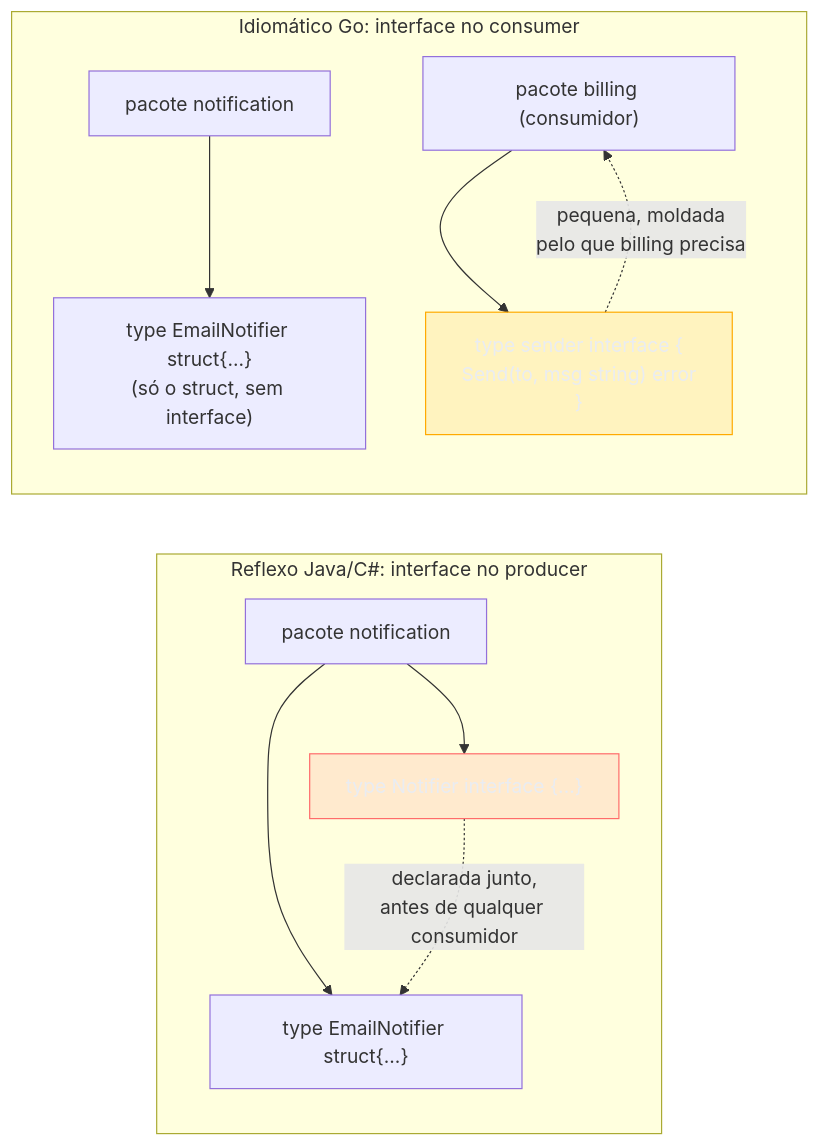
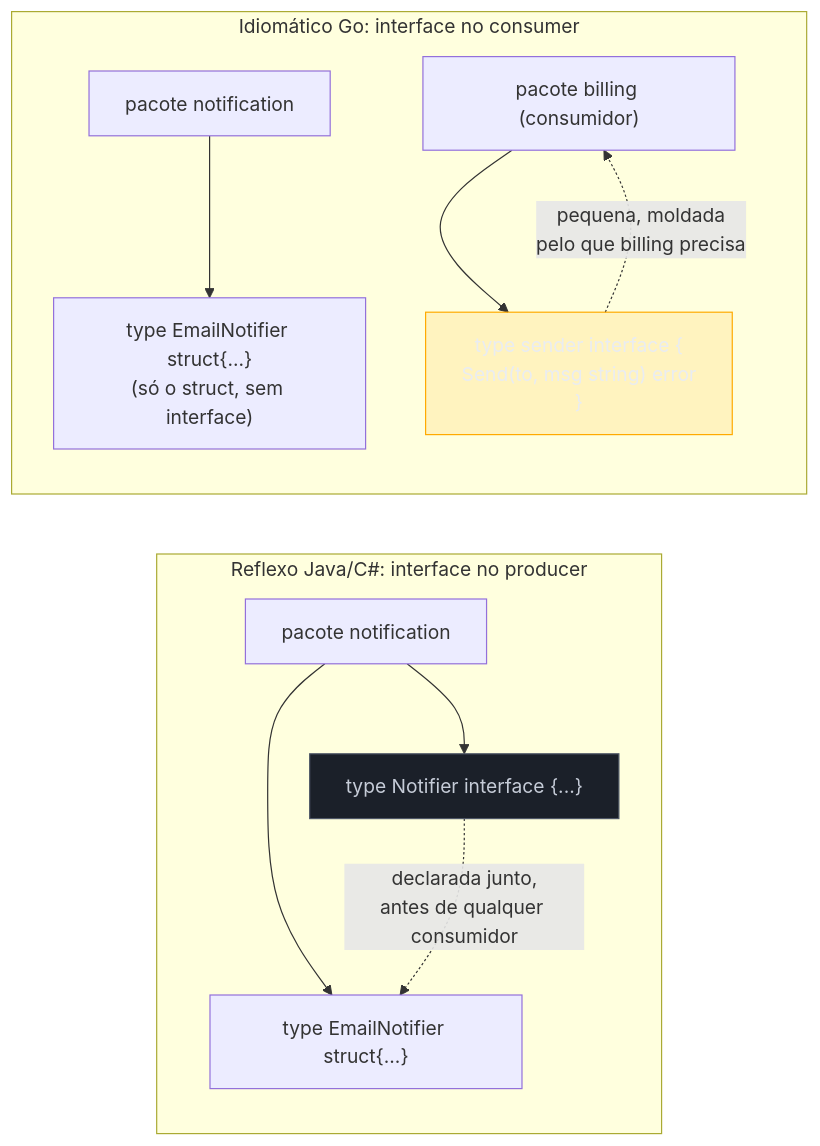
One commit to josenaldo/codex-technomanticus changed the diagram in 03-Dominios/Tecnologia/Go/03 - Interfaces e composição/08 - Design idiomático de interfaces.md. Above: the diagram before and after it, drawn with Mermaid. The commit also changed 601 other files, not shown here.

````diff
--- a/03-Dominios/Tecnologia/Go/03 - Interfaces e composição/08 - Design idiomático de interfaces.md
+++ b/03-Dominios/Tecnologia/Go/03 - Interfaces e composição/08 - Design idiomático de interfaces.md
@@ -52,21 +52,21 @@
 ```mermaid
 flowchart LR
-    classDef falha fill:#FF6B6B24,stroke:#FF6B6B,color:#E9ECF2
+    classDef neutro fill:#1B2029,stroke:#4E5666,color:#C6CCD8
     classDef destaque fill:#FFAA0024,stroke:#FFAA00,color:#E9ECF2
     subgraph Errado["Reflexo Java/C#: interface no producer"]
         direction TB
         P1["pacote notification"] --> P2["type Notifier interface {...}"]
         P1 --> P3["type EmailNotifier struct{...}"]
         P2 -.->|"declarada junto,\nantes de qualquer consumidor"| P3
     end
 
     subgraph Certo["Idiomático Go: interface no consumer"]
         direction TB
         C1["pacote notification"] --> C2["type EmailNotifier struct{...}\n(só o struct, sem interface)"]
         D1["pacote billing (consumidor)"] --> D2["type sender interface {\n  Send(to, msg string) error\n}"]
         D2 -.->|"pequena, moldada\npelo que billing precisa"| D1
     end
 
-    class P2 falha
+    class P2 neutro
     class D2 destaque
 ```
````
